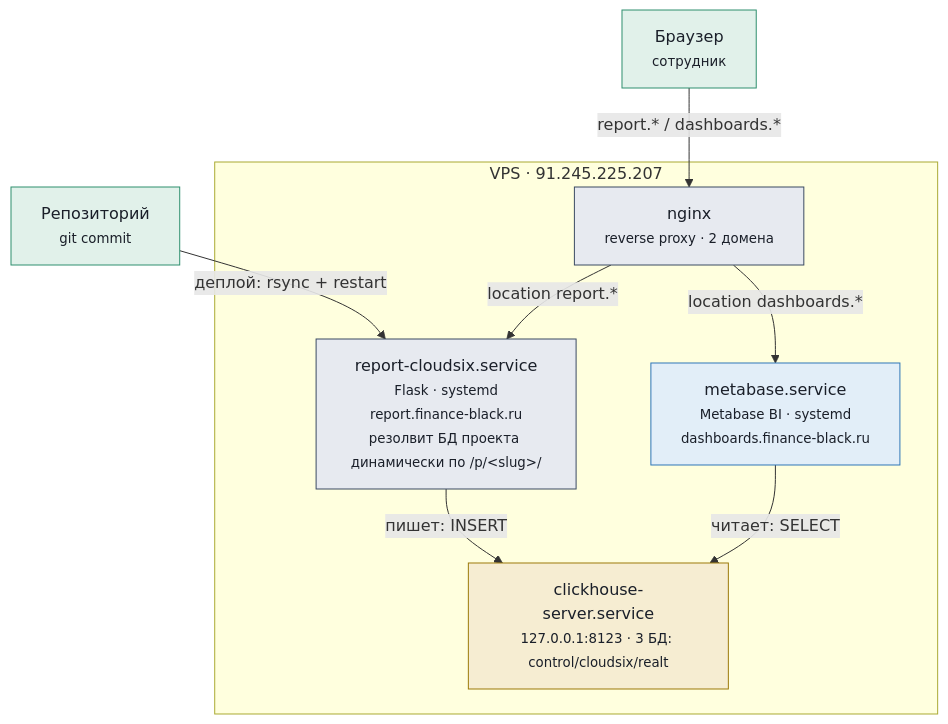
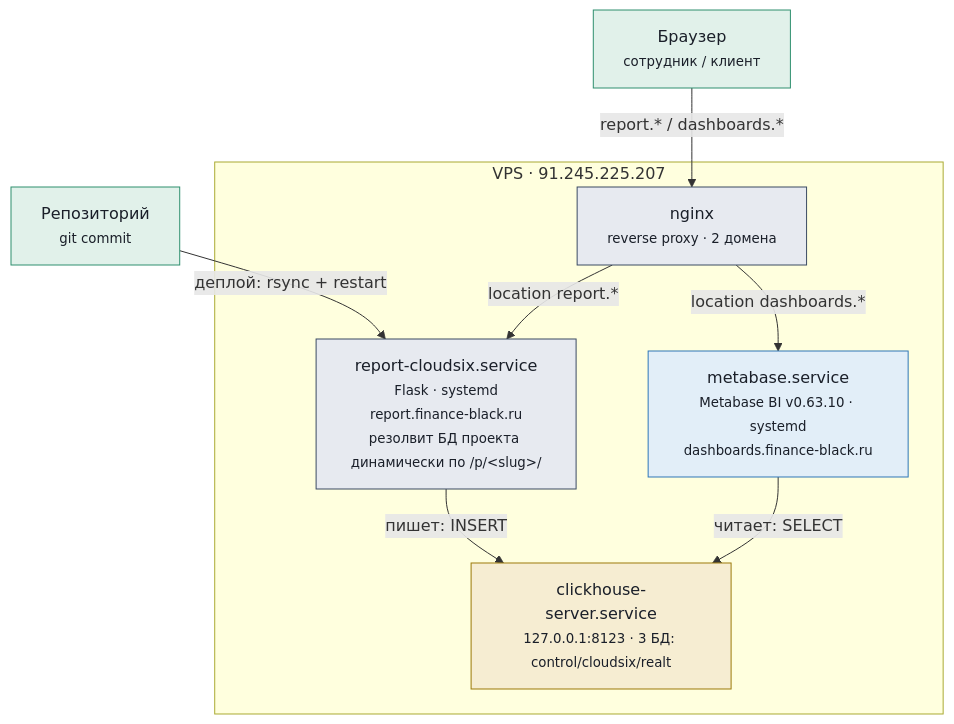
Before and after one commit to IGfinance/bf-analytics-platform: the second of 5 diagrams in docs/architecture-map.md, drawn with Mermaid. The commit also changed other lines of this file and 1 other file, not shown here.

````diff
--- a/docs/architecture-map.md
+++ b/docs/architecture-map.md
@@ -63,26 +68,26 @@
 ```mermaid
 flowchart TD
     REPO["Репозиторий<br/><small>git commit</small>"]
-    BROWSER["Браузер<br/><small>сотрудник</small>"]
+    BROWSER["Браузер<br/><small>сотрудник / клиент</small>"]
 
     subgraph VPS["VPS · 91.245.225.207"]
         NGINX["nginx<br/><small>reverse proxy · 2 домена</small>"]
         FLASK["report-cloudsix.service<br/><small>Flask · systemd</small><br/><small>report.finance-black.ru</small><br/><small>резолвит БД проекта динамически по /p/&lt;slug&gt;/</small>"]
-        MB["metabase.service<br/><small>Metabase BI · systemd</small><br/><small>dashboards.finance-black.ru</small>"]
+        MB["metabase.service<br/><small>Metabase BI v0.63.10 · systemd</small><br/><small>dashboards.finance-black.ru</small>"]
         CH["clickhouse-server.service<br/><small>127.0.0.1:8123 · 3 БД: control/cloudsix/realt</small>"]
     end
 
     REPO -- "деплой: rsync + restart" --> FLASK
     BROWSER -- "report.* / dashboards.*" --> NGINX
     NGINX -- "location report.*" --> FLASK
     NGINX -- "location dashboards.*" --> MB
     FLASK -- "пишет: INSERT" --> CH
     MB -- "читает: SELECT" --> CH
 
     style REPO fill:#e1f1ea,stroke:#2f8f6e,color:#1a1f29
     style BROWSER fill:#e1f1ea,stroke:#2f8f6e,color:#1a1f29
     style NGINX fill:#e7eaf0,stroke:#3b4a63,color:#1a1f29
     style FLASK fill:#e7eaf0,stroke:#3b4a63,color:#1a1f29
     style MB fill:#e2eef8,stroke:#2e76b8,color:#1a1f29
     style CH fill:#f6edd2,stroke:#9c7a0a,color:#1a1f29
 ```
````
